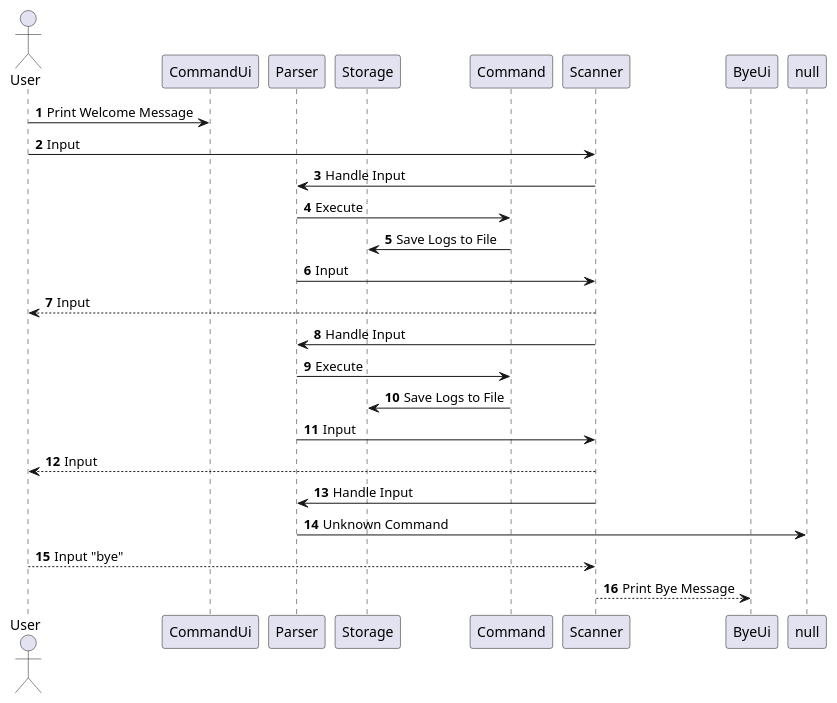
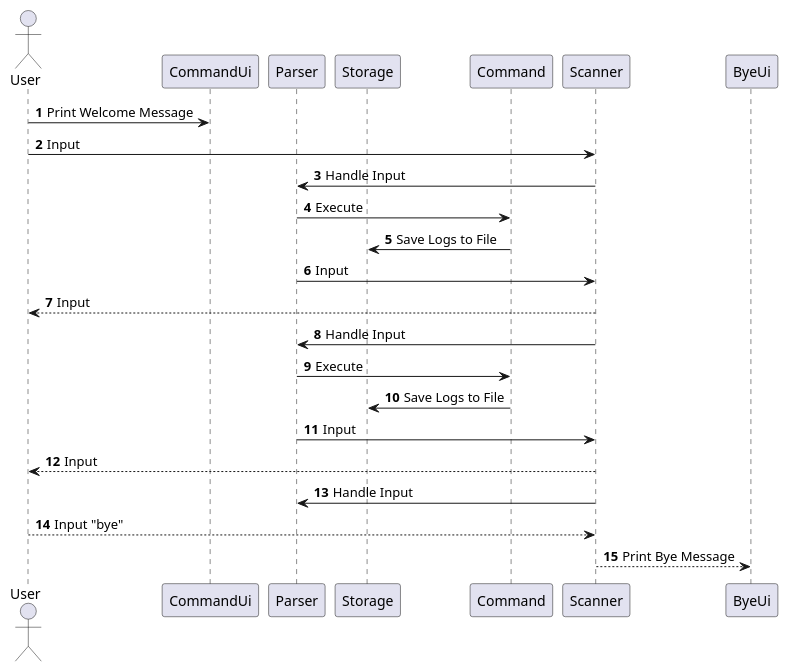
The diagram in docs/UML diagrams/GenericSequenceDiagram.puml (AY2324S2-CS2113-W12-2/tp), drawn with PlantUML before and after one commit. The commit also changed 1 other file, not shown here.

```diff
--- a/docs/UML diagrams/GenericSequenceDiagram.puml
+++ b/docs/UML diagrams/GenericSequenceDiagram.puml
@@ -1,28 +1,27 @@
 @startuml
 autonumber
 
 actor User
 participant "CommandUi" as CommandUi
 participant "Parser" as Parser
 participant "Storage" as Storage
 participant "Command" as Command
 participant "Scanner" as Scanner
 participant "ByeUi" as ByeUi
 
 User -> CommandUi: Print Welcome Message
 User -> Scanner: Input
 Scanner -> Parser: Handle Input
 Parser -> Command: Execute
 Command -> Storage: Save Logs to File
 Parser -> Scanner: Input
 User <-- Scanner: Input
 Scanner -> Parser: Handle Input
 Parser -> Command: Execute
 Command -> Storage: Save Logs to File
 Parser -> Scanner: Input
 User <-- Scanner: Input
 Scanner -> Parser: Handle Input
-Parser -> null: Unknown Command
 User --> Scanner: Input "bye"
 Scanner --> ByeUi: Print Bye Message
 @enduml
```
